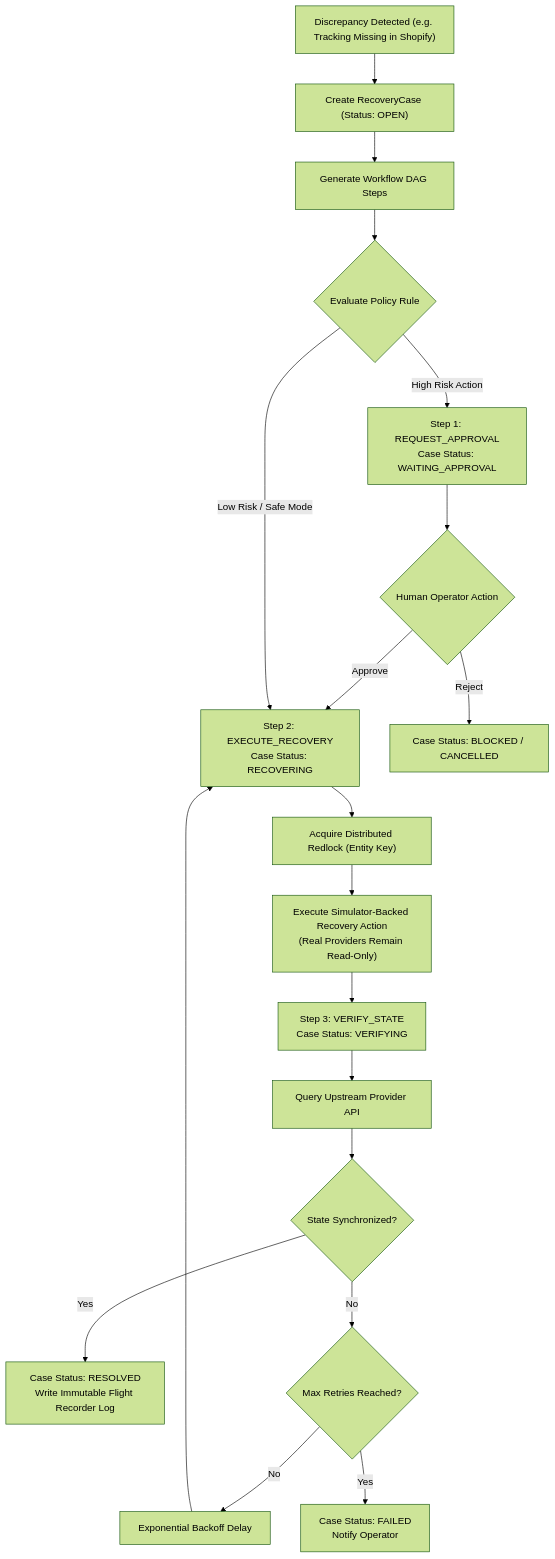
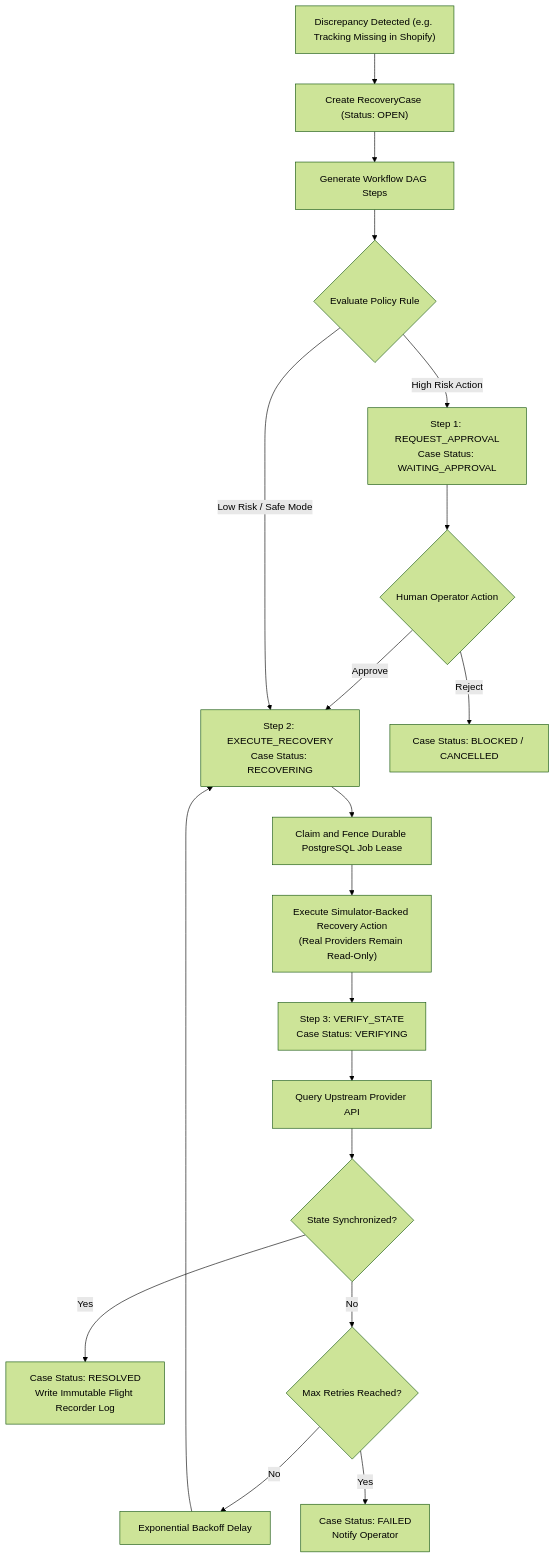
Before and after one commit to arsi505/Reloop: the fourth of 4 diagrams in README.md, drawn with Mermaid (forest theme). The commit also changed other lines of this file, not shown here.

````diff
--- a/README.md
+++ b/README.md
@@ -159,24 +156,24 @@
 ```mermaid
 flowchart TD
     Detect["Discrepancy Detected (e.g. Tracking Missing in Shopify)"] --> CreateCase["Create RecoveryCase (Status: OPEN)"]
     CreateCase --> GenDAG["Generate Workflow DAG Steps"]
     GenDAG --> EvaluatePolicy{"Evaluate Policy Rule"}
 
     EvaluatePolicy -->|High Risk Action| Gate["Step 1: REQUEST_APPROVAL<br/>Case Status: WAITING_APPROVAL"]
     Gate --> HumanReview{"Human Operator Action"}
     HumanReview -->|Approve| ExecStep["Step 2: EXECUTE_RECOVERY<br/>Case Status: RECOVERING"]
     HumanReview -->|Reject| BlockStep["Case Status: BLOCKED / CANCELLED"]
 
     EvaluatePolicy -->|Low Risk / Safe Mode| ExecStep
 
-    ExecStep --> AcquireLock["Acquire Distributed Redlock (Entity Key)"]
-    AcquireLock --> SimulatorAction["Execute Simulator-Backed Recovery Action<br/>(Real Providers Remain Read-Only)"]
+    ExecStep --> ClaimLease["Claim and Fence Durable PostgreSQL Job Lease"]
+    ClaimLease --> SimulatorAction["Execute Simulator-Backed Recovery Action<br/>(Real Providers Remain Read-Only)"]
     SimulatorAction --> StepVerify["Step 3: VERIFY_STATE<br/>Case Status: VERIFYING"]
     StepVerify --> CrossQuery["Query Upstream Provider API"]
     CrossQuery --> ValidateCheck{"State Synchronized?"}
 
     ValidateCheck -->|Yes| Resolved["Case Status: RESOLVED<br/>Write Immutable Flight Recorder Log"]
     ValidateCheck -->|No| RetryPolicy{"Max Retries Reached?"}
     RetryPolicy -->|No| Backoff["Exponential Backoff Delay"] --> ExecStep
     RetryPolicy -->|Yes| MarkFailed["Case Status: FAILED<br/>Notify Operator"]
 ```
````
